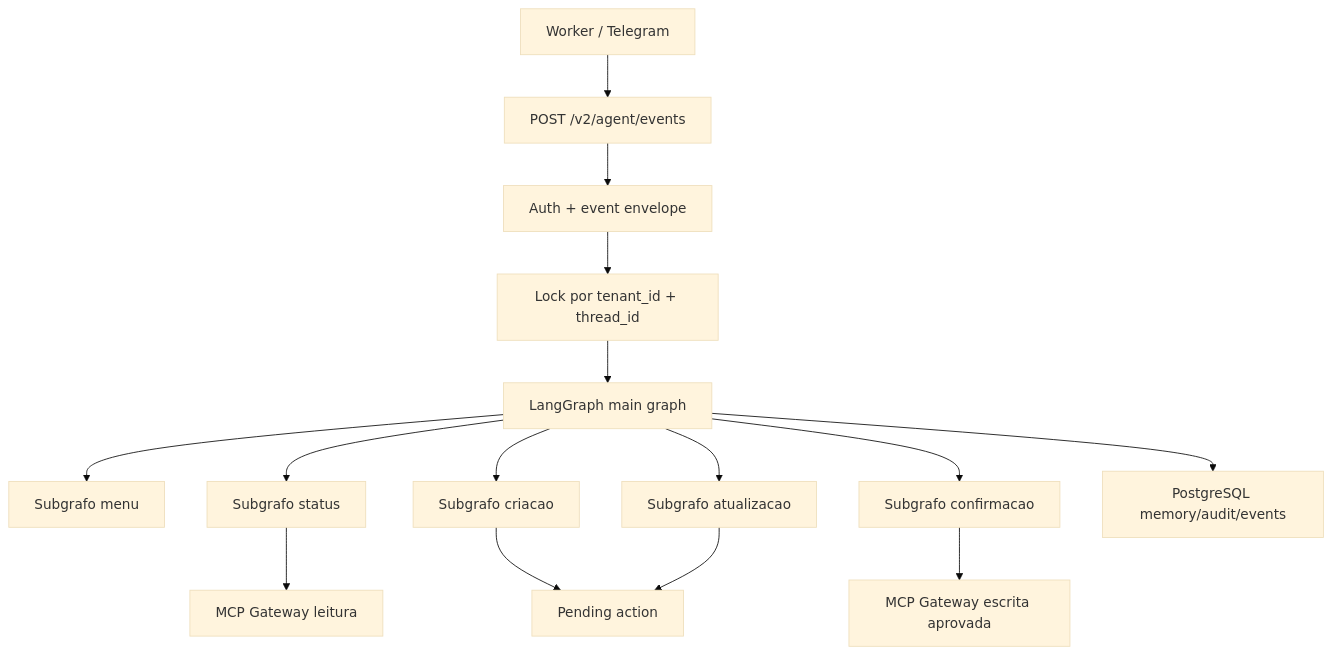
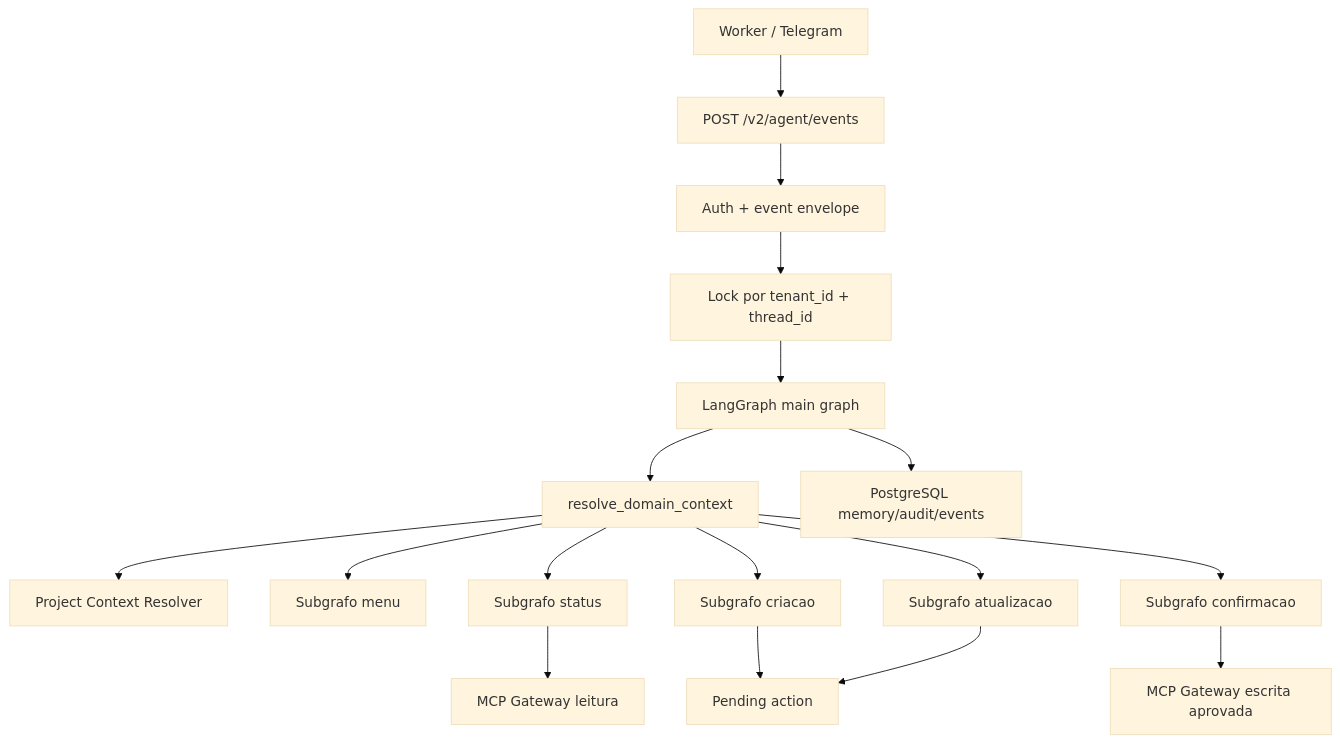
Before and after one commit to rogeriomind/IA_PMO: the first of 2 diagrams in docs/architecture-v2.md, drawn with Mermaid (base theme). The commit also changed other lines of this file and 27 other files, not shown here.

Commit message:
Align Board MCP domain context

````diff
--- a/docs/architecture-v2.md
+++ b/docs/architecture-v2.md
@@ -7,17 +7,19 @@
 ```mermaid
 flowchart TD
   A["Worker / Telegram"] --> B["POST /v2/agent/events"]
   B --> C["Auth + event envelope"]
   C --> D["Lock por tenant_id + thread_id"]
   D --> E["LangGraph main graph"]
-  E --> F["Subgrafo menu"]
-  E --> G["Subgrafo status"]
-  E --> H["Subgrafo criacao"]
-  E --> I["Subgrafo atualizacao"]
-  E --> J["Subgrafo confirmacao"]
+  E --> O["resolve_domain_context"]
+  O --> P["Project Context Resolver"]
+  O --> F["Subgrafo menu"]
+  O --> G["Subgrafo status"]
+  O --> H["Subgrafo criacao"]
+  O --> I["Subgrafo atualizacao"]
+  O --> J["Subgrafo confirmacao"]
   G --> K["MCP Gateway leitura"]
   H --> L["Pending action"]
   I --> L
   J --> M["MCP Gateway escrita aprovada"]
   E --> N["PostgreSQL memory/audit/events"]
 ```
````
